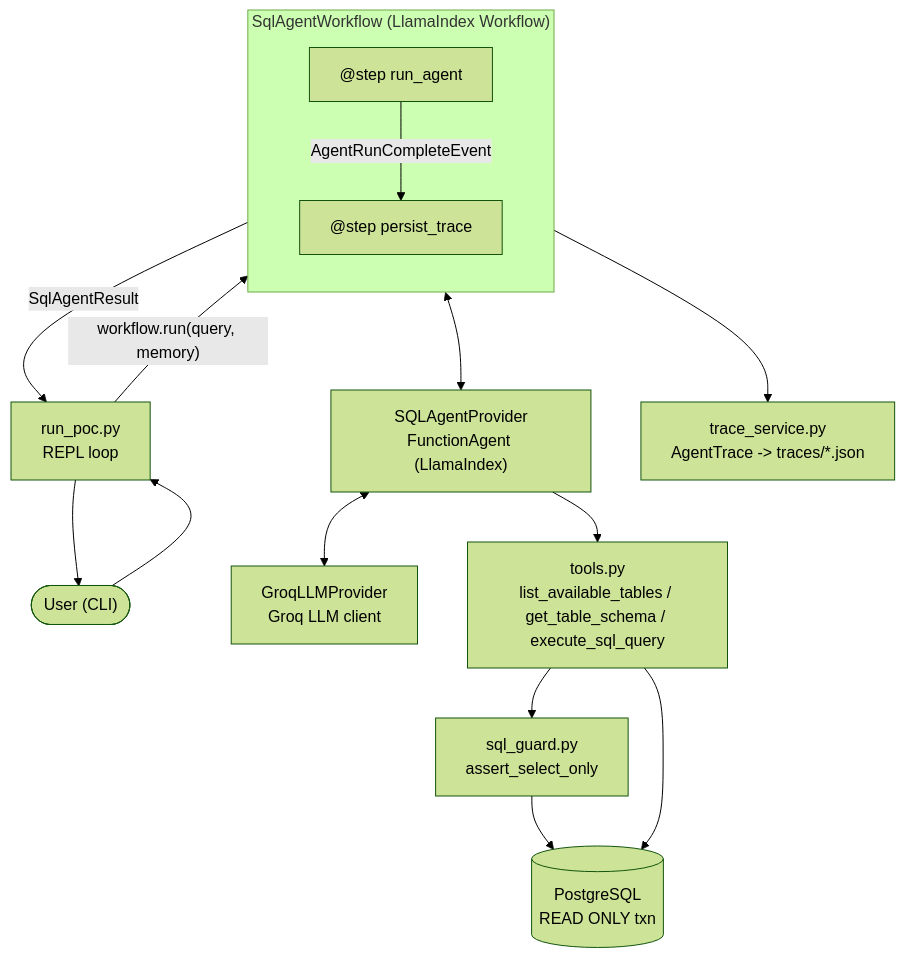
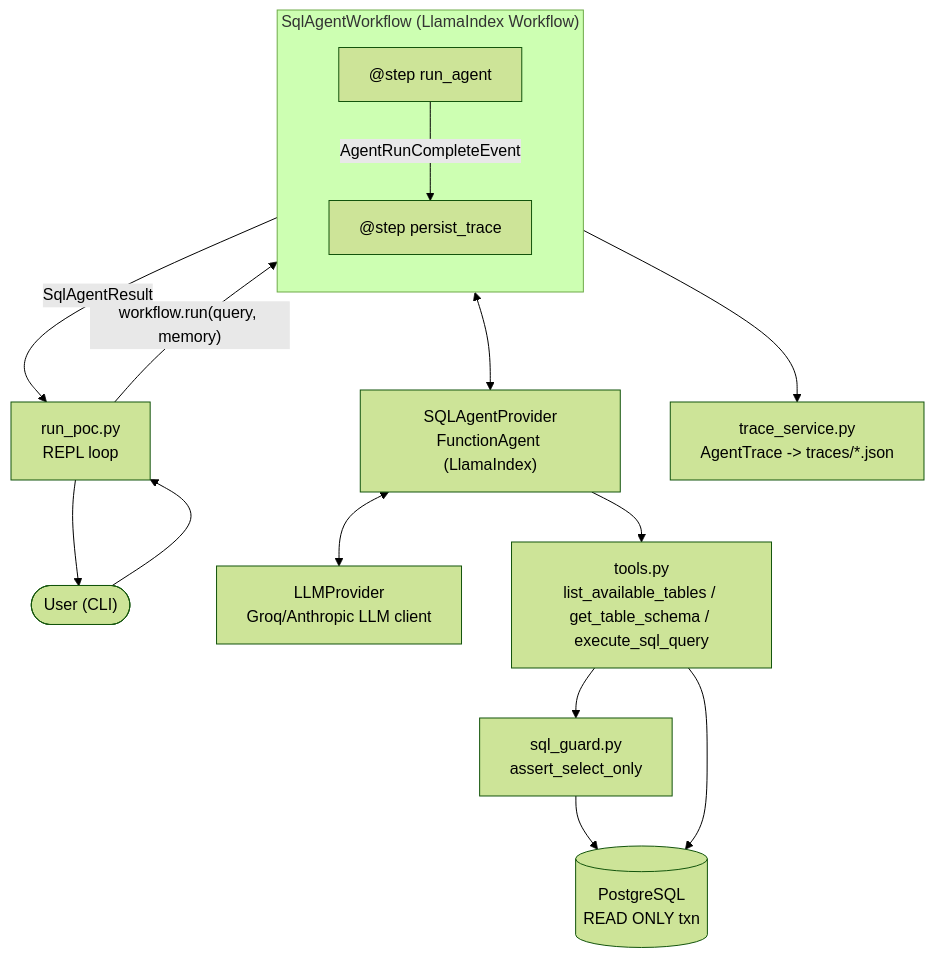
Before and after one commit to harshitmywork17/AI_Chatbot: the first of 4 diagrams in IMPLEMENTATION.md, drawn with Mermaid (forest theme). The commit also changed other lines of this file and 2 other files, not shown here.

Commit message:
Update documentation and POC execution flow

````diff
--- a/IMPLEMENTATION.md
+++ b/IMPLEMENTATION.md
@@ -33,31 +37,31 @@
 ```mermaid
 flowchart TB
     User(["User (CLI)"])
     REPL["run_poc.py\nREPL loop"]
 
     subgraph WF["SqlAgentWorkflow (LlamaIndex Workflow)"]
         direction TB
         RunStep["@step run_agent"]
         PersistStep["@step persist_trace"]
         RunStep -- "AgentRunCompleteEvent" --> PersistStep
     end
 
     Agent["SQLAgentProvider\nFunctionAgent (LlamaIndex)"]
-    LLM["GroqLLMProvider\nGroq LLM client"]
+    LLM["LLMProvider\nGroq/Anthropic LLM client"]
     Tools["tools.py\nlist_available_tables / get_table_schema / execute_sql_query"]
     Guard["sql_guard.py\nassert_select_only"]
     DB[("PostgreSQL\nREAD ONLY txn")]
     Trace["trace_service.py\nAgentTrace -> traces/*.json"]
 
     User --> REPL
     REPL -- "workflow.run(query, memory)" --> RunStep
     RunStep <--> Agent
     Agent <--> LLM
     Agent --> Tools
     Tools --> Guard
     Guard --> DB
     Tools --> DB
     PersistStep --> Trace
     PersistStep -- "SqlAgentResult" --> REPL
     REPL --> User
 ```
````
